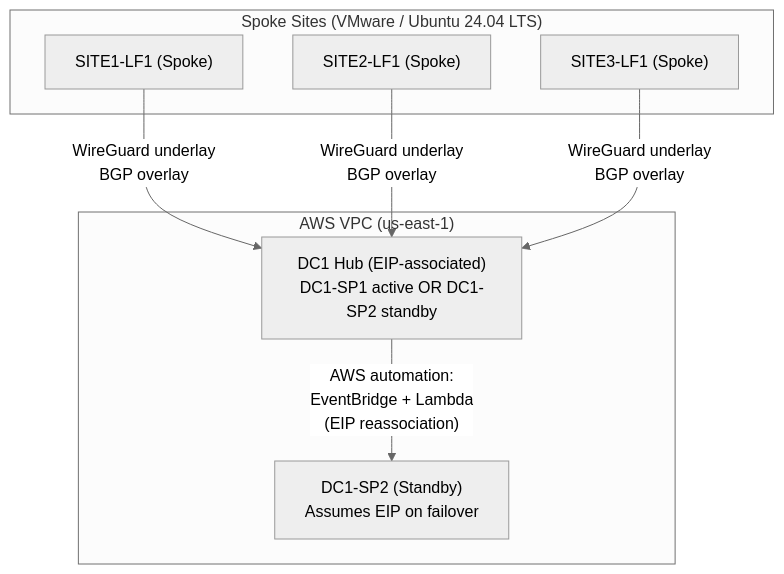
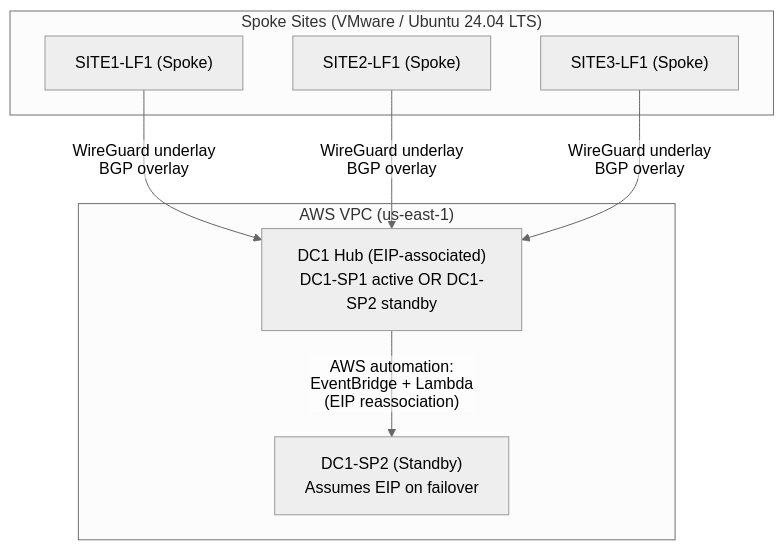
One commit to erschmittnetwork/aws-wireguard-bgp-wan changed the diagram in diagrams/logical-architecture.mmd. Above: the diagram before and after it, drawn with Mermaid (neutral theme).

Commit message:
Force SVG text Mermaid.

```diff
--- a/diagrams/logical-architecture.mmd
+++ b/diagrams/logical-architecture.mmd
@@ -1,18 +1,18 @@
-%% diagrams/logical-architecture.mmd
+%%{init: {'flowchart': {'htmlLabels': false}}}%%
 graph TD
   subgraph Sites["Spoke Sites (VMware / Ubuntu 24.04 LTS)"]
     SITE1["SITE1-LF1 (Spoke)"]
     SITE2["SITE2-LF1 (Spoke)"]
     SITE3["SITE3-LF1 (Spoke)"]
   end
 
   subgraph AWS["AWS VPC (us-east-1)"]
     HUB["DC1 Hub (EIP-associated)<br/>DC1-SP1 active OR DC1-SP2 standby"]
     HUB2["DC1-SP2 (Standby)<br/>Assumes EIP on failover"]
   end
 
   SITE1 -->|"WireGuard underlay<br/>BGP overlay"| HUB
   SITE2 -->|"WireGuard underlay<br/>BGP overlay"| HUB
   SITE3 -->|"WireGuard underlay<br/>BGP overlay"| HUB
 
   HUB -->|"AWS automation:<br/>EventBridge + Lambda<br/>(EIP reassociation)"| HUB2
```
